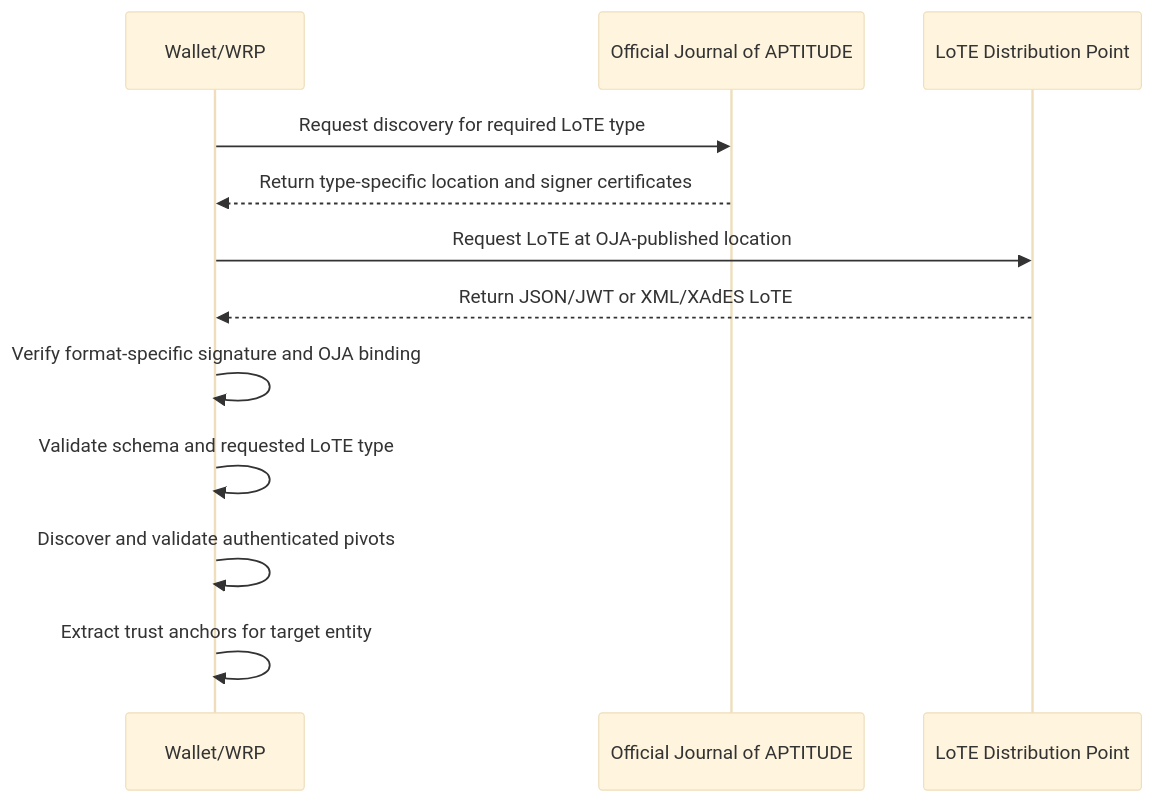
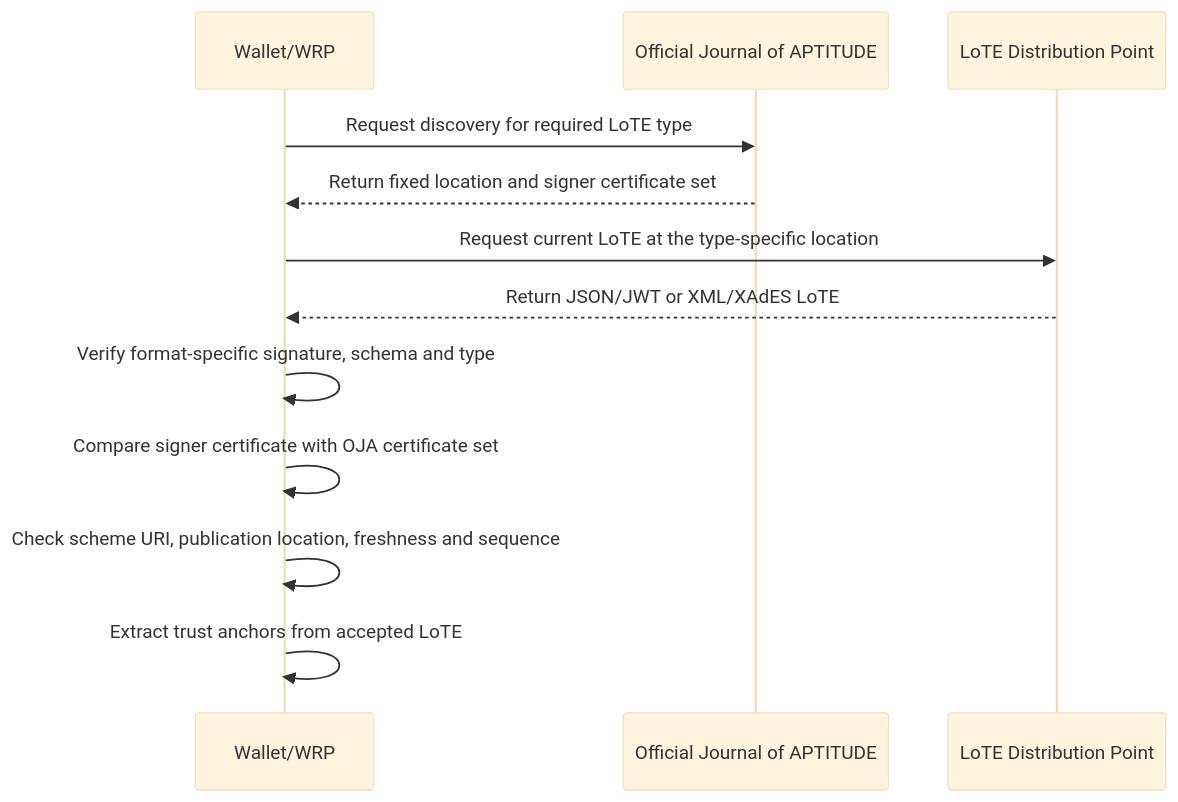
One commit to APTITUDE-Consortium/wp2-trust-specifications changed the first of 2 diagrams in docs/topics/trust-anchor-validation.md. Above: the diagram before and after it, drawn with Mermaid (base theme). The commit also changed other lines of this file and 1 other file, not shown here.

````diff
--- a/docs/topics/trust-anchor-validation.md
+++ b/docs/topics/trust-anchor-validation.md
@@ -34,15 +40,15 @@
 ```mermaid
 sequenceDiagram
   participant Client as Wallet/WRP
   participant OJA as Official Journal of APTITUDE
   participant Distribution as LoTE Distribution Point
 
   Client->>OJA: Request discovery for required LoTE type
-  OJA-->>Client: Return type-specific location and signer certificates
-  Client->>Distribution: Request LoTE at OJA-published location
+  OJA-->>Client: Return fixed location and signer certificate set
+  Client->>Distribution: Request current LoTE at the type-specific location
   Distribution-->>Client: Return JSON/JWT or XML/XAdES LoTE
-  Client->>Client: Verify format-specific signature and OJA binding
-  Client->>Client: Validate schema and requested LoTE type
-  Client->>Client: Discover and validate authenticated pivots
-  Client->>Client: Extract trust anchors for target entity
+  Client->>Client: Verify format-specific signature, schema and type
+  Client->>Client: Compare signer certificate with OJA certificate set
+  Client->>Client: Check scheme URI, publication location, freshness and sequence
+  Client->>Client: Extract trust anchors from accepted LoTE
 ```
````
